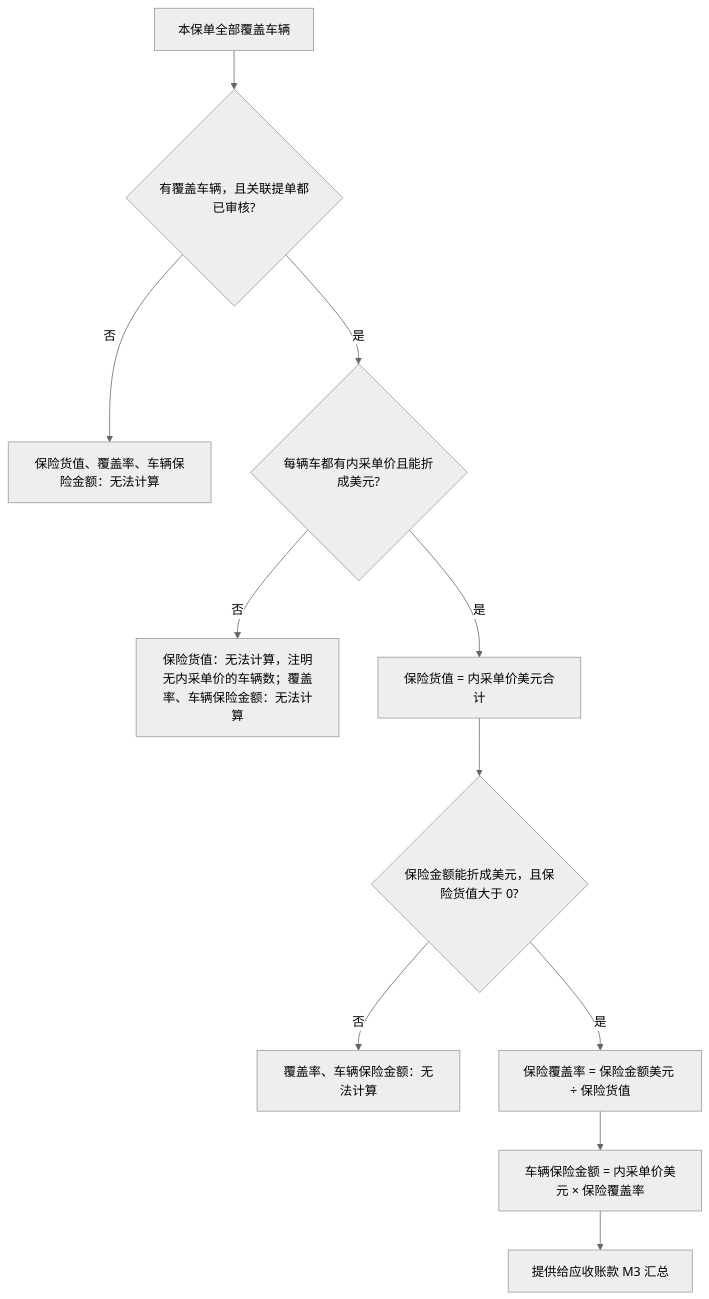
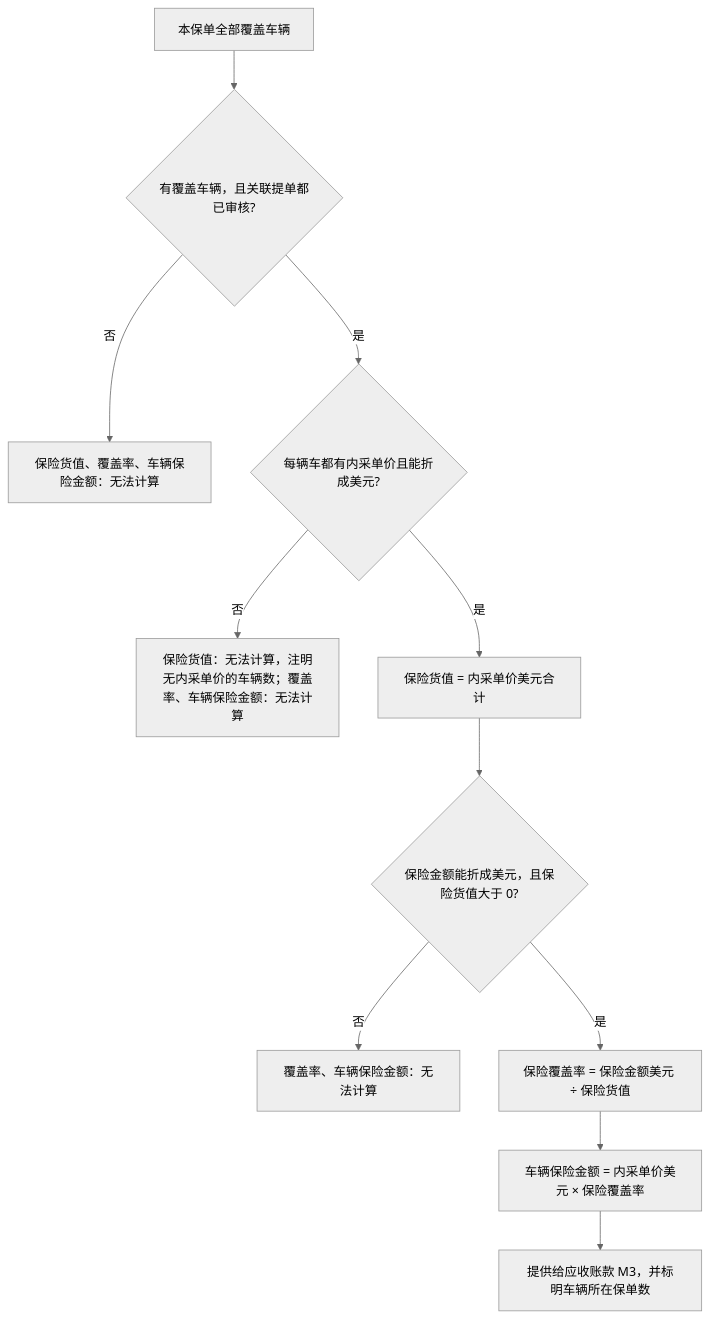
The second of 3 diagrams in asset-trust-platform/PRD/运营端/M13-保单信息/02-保单信息-流程图与状态机.md (wxblockchain/Chain-Financing), drawn with Mermaid (neutral theme) before and after one commit. The commit also changed other lines of this file and 3 other files, not shown here.

````diff
--- a/asset-trust-platform/PRD/运营端/M13-保单信息/02-保单信息-流程图与状态机.md
+++ b/asset-trust-platform/PRD/运营端/M13-保单信息/02-保单信息-流程图与状态机.md
@@ -41,13 +41,13 @@
 ```mermaid
 flowchart TD
     S[本保单全部覆盖车辆] --> A{有覆盖车辆，且关联提单都已审核?}
     A -->|否| N1[保险货值、覆盖率、车辆保险金额：无法计算]
     A -->|是| B{每辆车都有内采单价且能折成美元?}
     B -->|否| N2[保险货值：无法计算，注明无内采单价的车辆数；覆盖率、车辆保险金额：无法计算]
     B -->|是| C[保险货值 = 内采单价美元合计]
     C --> D{保险金额能折成美元，且保险货值大于 0?}
     D -->|否| N3[覆盖率、车辆保险金额：无法计算]
     D -->|是| E[保险覆盖率 = 保险金额美元 ÷ 保险货值]
     E --> F[车辆保险金额 = 内采单价美元 × 保险覆盖率]
-    F --> G[提供给应收账款 M3 汇总]
+    F --> G[提供给应收账款 M3，并标明车辆所在保单数]
 ```
````
